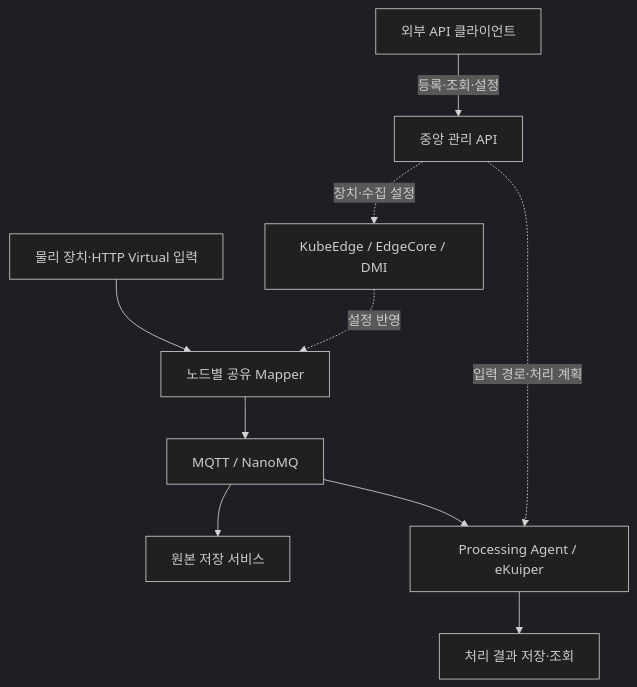
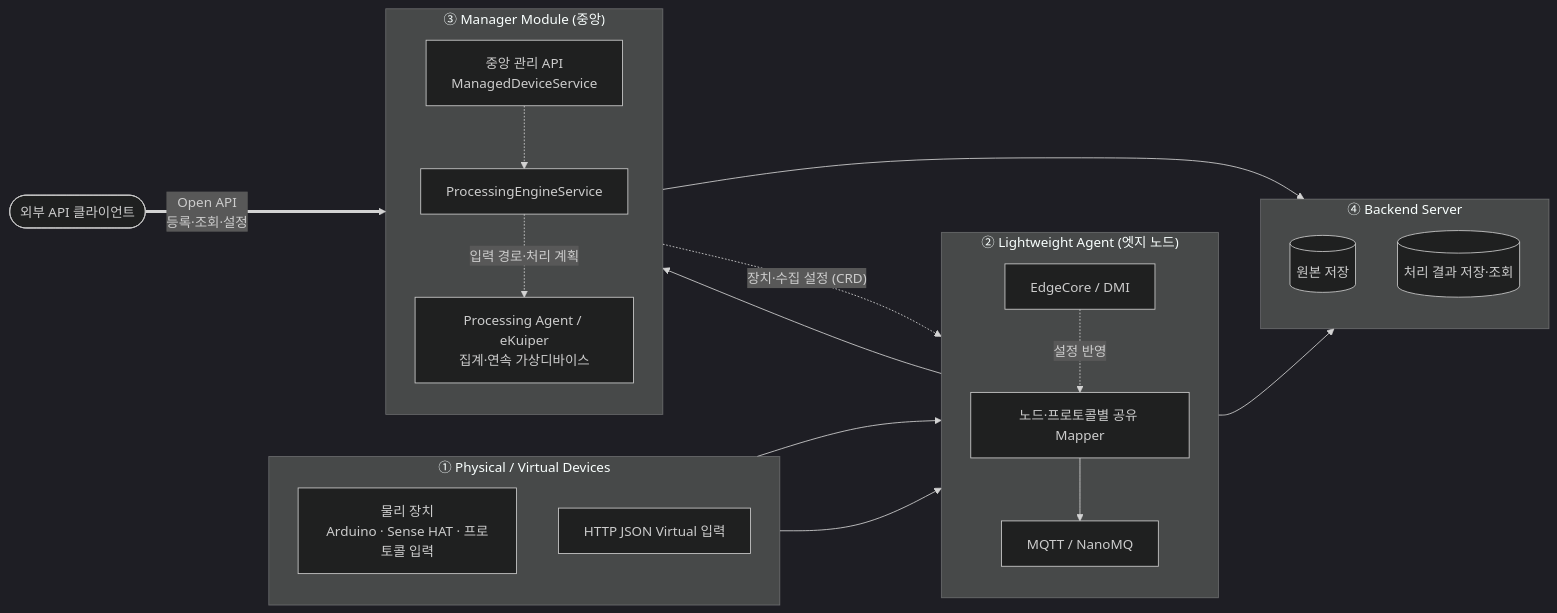
Before and after one commit to dsa04156/edgeai: the first of 3 diagrams in docs/deliverables/R2-03_실시간_데이터_전송_개방형_미들웨어.md, drawn with Mermaid (dark theme). The commit also changed other lines of this file, not shown here.

````diff
--- a/docs/deliverables/R2-03_실시간_데이터_전송_개방형_미들웨어.md
+++ b/docs/deliverables/R2-03_실시간_데이터_전송_개방형_미들웨어.md
@@ -34,24 +49,46 @@
 ```mermaid
-flowchart TB
-    accTitle: 물리 가상 디바이스 미들웨어 구조
-    accDescr: 중앙 API가 KubeEdge를 통해 노드 Mapper를 설정한다. Mapper가 수집한 데이터는 MQTT를 통해 원본 저장과 중앙 연속 처리로 전달된다. 외부 클라이언트는 관리 API로 연동한다.+
-    devices["물리 장치·HTTP Virtual 입력"]
-    mapper["노드별 공유 Mapper"]
-    broker["MQTT / NanoMQ"]
-    manager["중앙 관리 API"]
-    control["KubeEdge / EdgeCore / DMI"]
-    processing["Processing Agent / eKuiper"]
-    archive["원본 저장 서비스"]
-    results["처리 결과 저장·조회"]
-    client["외부 API 클라이언트"]
+flowchart LR
+    accTitle: 물리 가상 디바이스 미들웨어 계층 구조
+    accDescr: 외부 클라이언트가 Open API로 중앙 관리 API에 등록·조회·설정을 요청한다. 중앙 관리 API는 KubeEdge와 DMI를 통해 노드별 Mapper를 설정하고, Processing Agent에 입력 경로와 처리 계획을 전달한다. Mapper가 물리·가상 입력에서 수집한 데이터는 MQTT/NanoMQ를 거쳐 원본 저장과 중앙 연속 처리로 전달된다.
 
-    devices --> mapper
+    subgraph L1["① Physical / Virtual Devices"]
+        direction TB
+        phys["물리 장치<br/>Arduino · Sense HAT · 프로토콜 입력"]
+        virt["HTTP JSON Virtual 입력"]
+    end
+
+    subgraph L2["② Lightweight Agent (엣지 노드)"]
+        direction TB
+        mapper["노드·프로토콜별 공유 Mapper"]
+        control["EdgeCore / DMI"]
+        broker["MQTT / NanoMQ"]
+    end
+
+    subgraph L3["③ Manager Module (중앙)"]
+        direction TB
+        manager["중앙 관리 API<br/>ManagedDeviceService"]
+        planner["ProcessingEngineService"]
+        processing["Processing Agent / eKuiper<br/>집계·연속 가상디바이스"]
+    end
+
+    subgraph L4["④ Backend Server"]
+        direction TB
+        archive[("원본 저장")]
+        results[("처리 결과 저장·조회")]
+    end
+
+    client(["외부 API 클라이언트"])
+
+    phys --> mapper
+    virt --> mapper
     mapper --> broker
     broker --> archive
     broker --> processing
     processing --> results
-    client -->|"등록·조회·설정"| manager
-    manager -.->|"장치·수집 설정"| control
+
+    client ==>|"Open API<br/>등록·조회·설정"| manager
+    manager -.->|"장치·수집 설정 (CRD)"| control
     control -.->|"설정 반영"| mapper
-    manager -.->|"입력 경로·처리 계획"| processing
+    manager -.-> planner
+    planner -.->|"입력 경로·처리 계획"| processing
 ```
````
